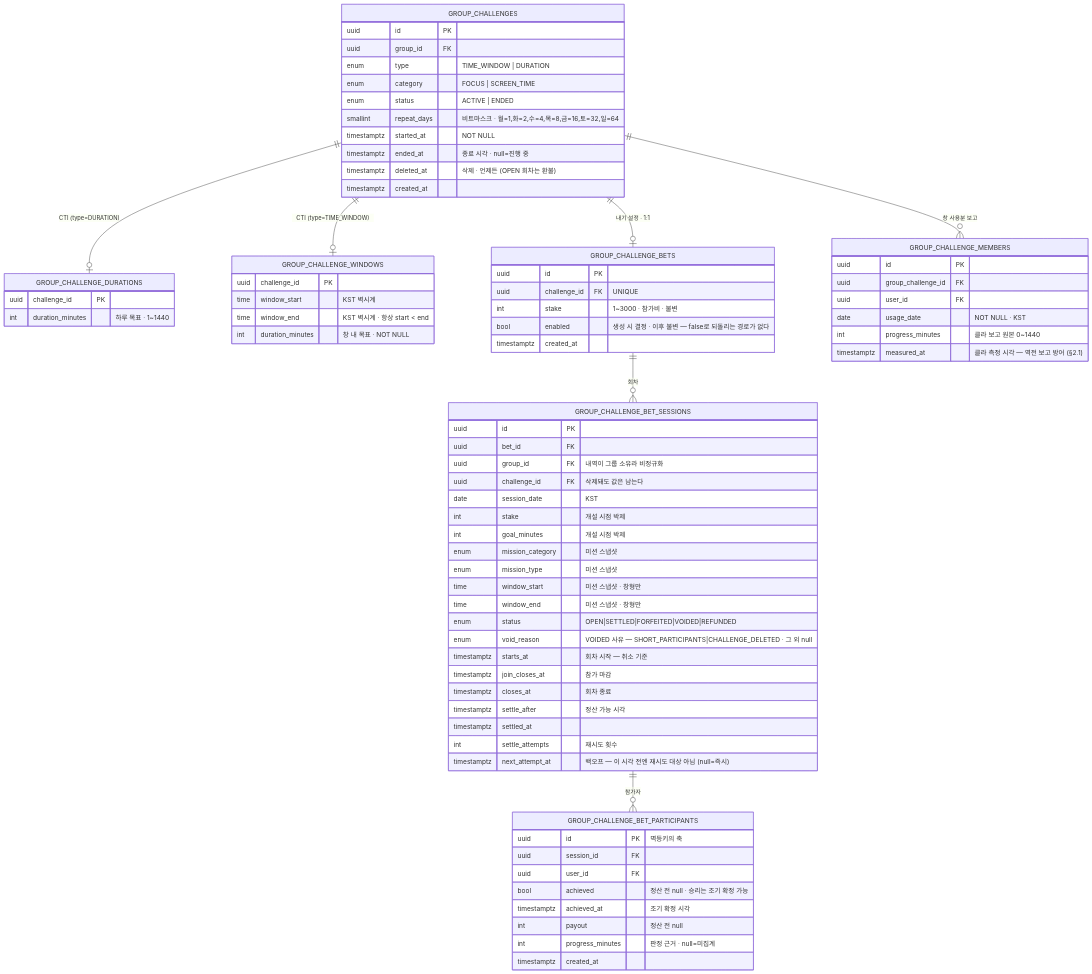
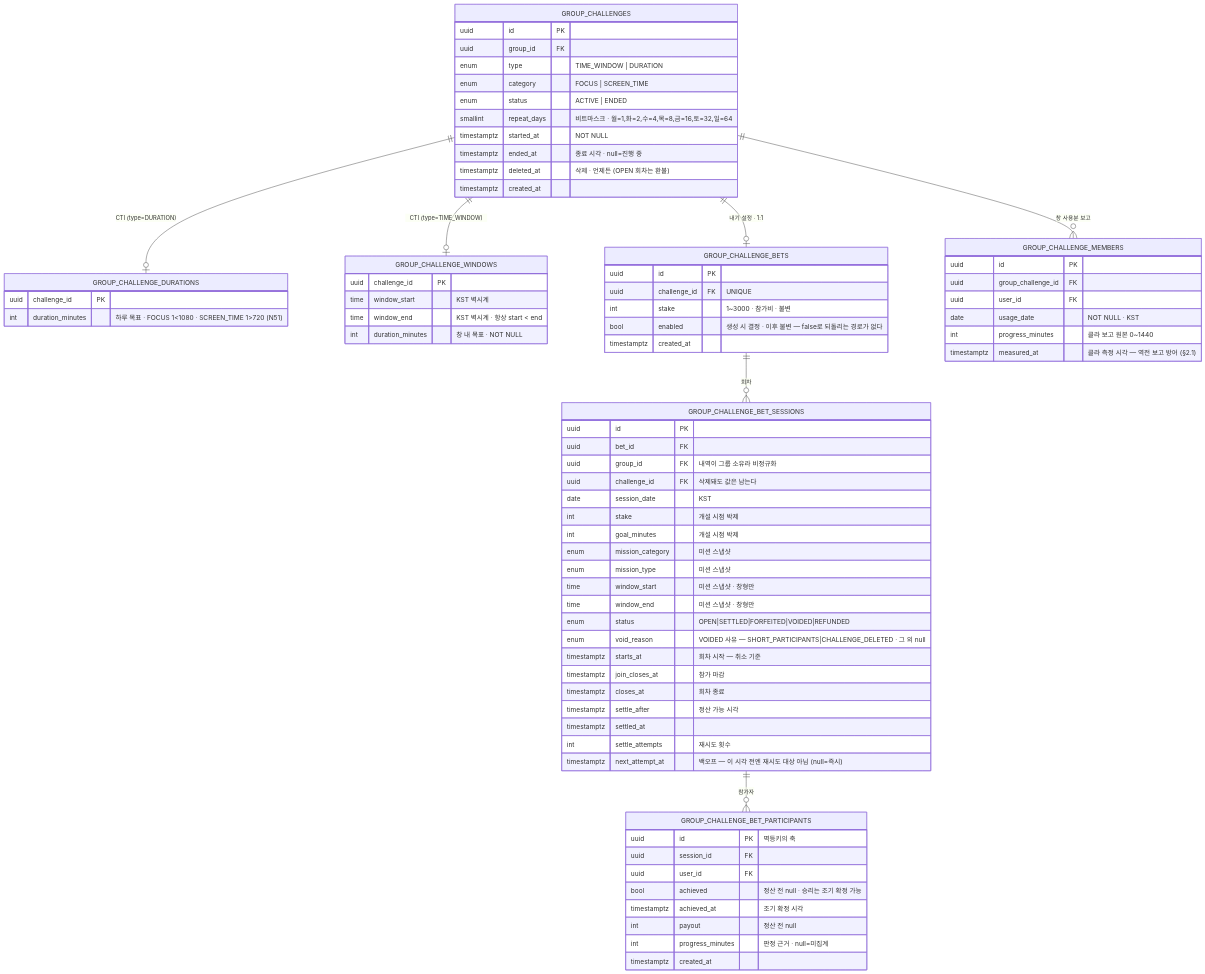
Before and after one commit to OneOrThree/phone: the first of 5 diagrams in docs/prd/challenge/low-level-design.md, drawn with Mermaid. The commit also changed other lines of this file and 4 other files, not shown here.

````diff
--- a/docs/prd/challenge/low-level-design.md
+++ b/docs/prd/challenge/low-level-design.md
@@ -14,79 +14,79 @@
 ```mermaid
 erDiagram
     GROUP_CHALLENGES ||--o| GROUP_CHALLENGE_DURATIONS : "CTI (type=DURATION)"
     GROUP_CHALLENGES ||--o| GROUP_CHALLENGE_WINDOWS : "CTI (type=TIME_WINDOW)"
     GROUP_CHALLENGES ||--o| GROUP_CHALLENGE_BETS : "내기 설정 · 1:1"
     GROUP_CHALLENGES ||--o{ GROUP_CHALLENGE_MEMBERS : "창 사용분 보고"
     GROUP_CHALLENGE_BETS ||--o{ GROUP_CHALLENGE_BET_SESSIONS : "회차"
     GROUP_CHALLENGE_BET_SESSIONS ||--o{ GROUP_CHALLENGE_BET_PARTICIPANTS : "참가자"
 
     GROUP_CHALLENGES {
         uuid id PK
         uuid group_id FK
         enum type "TIME_WINDOW | DURATION"
         enum category "FOCUS | SCREEN_TIME"
         enum status "ACTIVE | ENDED"
         smallint repeat_days "비트마스크 · 월=1,화=2,수=4,목=8,금=16,토=32,일=64"
         timestamptz started_at "NOT NULL"
         timestamptz ended_at "종료 시각 · null=진행 중"
         timestamptz deleted_at "삭제 · 언제든 (OPEN 회차는 환불)"
         timestamptz created_at
     }
     GROUP_CHALLENGE_DURATIONS {
         uuid challenge_id PK
-        int duration_minutes "하루 목표 · 1~1440"
+        int duration_minutes "하루 목표 · FOCUS 1~1080 · SCREEN_TIME 1~720 (N51)"
     }
     GROUP_CHALLENGE_WINDOWS {
         uuid challenge_id PK
         time window_start "KST 벽시계"
         time window_end "KST 벽시계 · 항상 start < end"
         int duration_minutes "창 내 목표 · NOT NULL"
     }
     GROUP_CHALLENGE_MEMBERS {
         uuid id PK
         uuid group_challenge_id FK
         uuid user_id FK
         date usage_date "NOT NULL · KST"
         int progress_minutes "클라 보고 원본 0~1440"
         timestamptz measured_at "클라 측정 시각 — 역전 보고 방어 (§2.1)"
     }
     GROUP_CHALLENGE_BETS {
         uuid id PK
         uuid challenge_id FK "UNIQUE"
         int stake "1~3000 · 참가비 · 불변"
         bool enabled "생성 시 결정 · 이후 불변 — false로 되돌리는 경로가 없다"
         timestamptz created_at
     }
     GROUP_CHALLENGE_BET_SESSIONS {
         uuid id PK
         uuid bet_id FK
         uuid group_id FK "내역이 그룹 소유라 비정규화"
         uuid challenge_id FK "삭제돼도 값은 남는다"
         date session_date "KST"
         int stake "개설 시점 박제"
         int goal_minutes "개설 시점 박제"
         enum mission_category "미션 스냅샷"
         enum mission_type "미션 스냅샷"
         time window_start "미션 스냅샷 · 창형만"
         time window_end "미션 스냅샷 · 창형만"
         enum status "OPEN|SETTLED|FORFEITED|VOIDED|REFUNDED"
         enum void_reason "VOIDED 사유 — SHORT_PARTICIPANTS|CHALLENGE_DELETED · 그 외 null"
         timestamptz starts_at "회차 시작 — 취소 기준"
         timestamptz join_closes_at "참가 마감"
         timestamptz closes_at "회차 종료"
         timestamptz settle_after "정산 가능 시각"
         timestamptz settled_at
         int settle_attempts "재시도 횟수"
         timestamptz next_attempt_at "백오프 — 이 시각 전엔 재시도 대상 아님 (null=즉시)"
     }
     GROUP_CHALLENGE_BET_PARTICIPANTS {
         uuid id PK "멱등키의 축"
         uuid session_id FK
         uuid user_id FK
         bool achieved "정산 전 null · 승리는 조기 확정 가능"
         timestamptz achieved_at "조기 확정 시각"
         int payout "정산 전 null"
         int progress_minutes "판정 근거 · null=미집계"
         timestamptz created_at
     }
 ```
````
